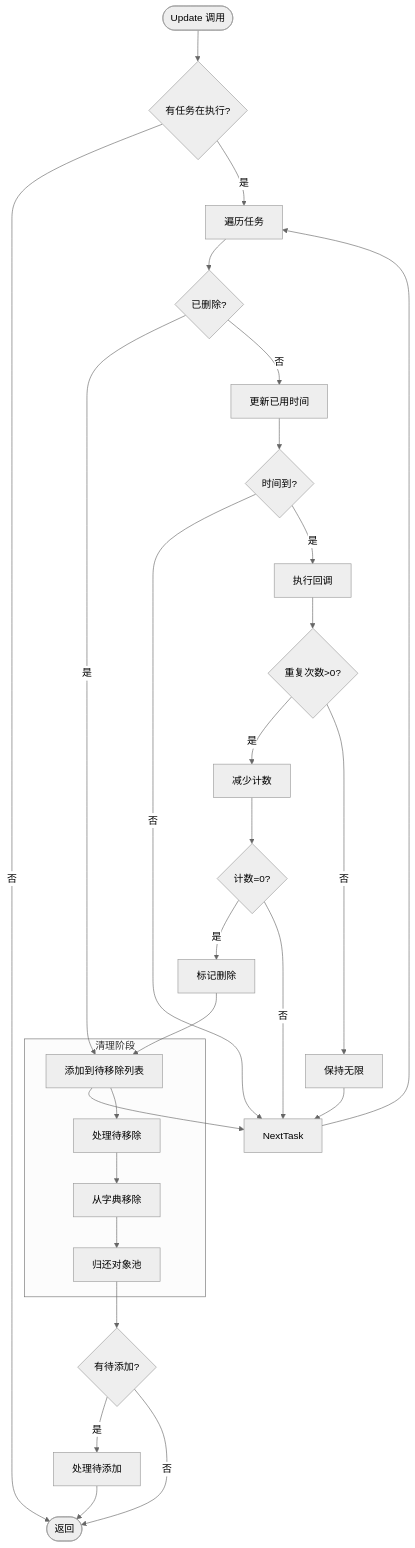
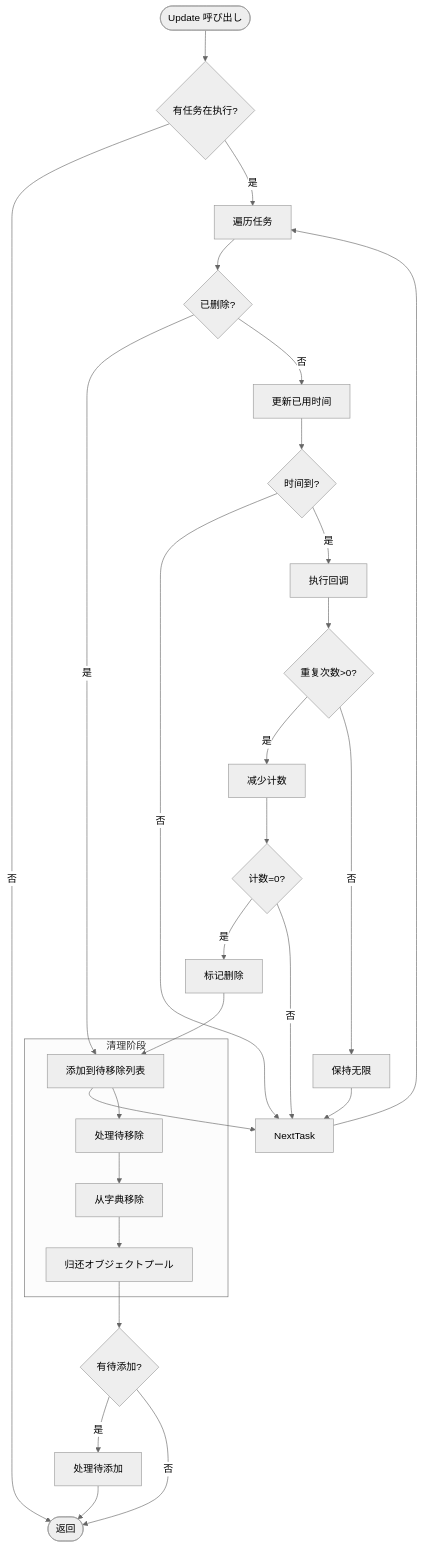
The third of 3 diagrams in docs/ja/client/unity/component/timer/08.add-timer.md (AlianBlank/GameFrameX.Docs), drawn with Mermaid (neutral theme) before and after one commit. The commit also changed other lines of this file and 603 other files, not shown here.

````diff
--- a/docs/ja/client/unity/component/timer/08.add-timer.md
+++ b/docs/ja/client/unity/component/timer/08.add-timer.md
@@ -92,38 +92,38 @@
 ```mermaid
 flowchart TD
-    Start([Update 调用]) --> CheckItems{有任务在执行?}
+    Start([Update 呼び出し]) --> CheckItems{有任务在执行?}
 
     CheckItems -->|否| End([返回])
     CheckItems -->|是| Iterate[遍历任务]
 
     Iterate --> CheckDeleted{已删除?}
     CheckDeleted -->|是| AddToRemove[添加到待移除列表]
     CheckDeleted -->|否| UpdateElapsed[更新已用时间]
 
     AddToRemove --> NextTask
     UpdateElapsed --> CheckTime{时间到?}
     CheckTime -->|否| NextTask
     CheckTime -->|是| Execute[执行回调]
     Execute --> DecRepeat{重复次数>0?}
     DecRepeat -->|是| Decrement[减少计数]
     DecRepeat -->|否| SetInfinite[保持无限]
     
     Decrement --> CheckZero{计数=0?}
     CheckZero -->|是| MarkDeleted[标记删除]
     CheckZero -->|否| NextTask
     SetInfinite --> NextTask
 
     MarkDeleted --> AddToRemove
     NextTask --> Iterate
 
     subgraph Cleanup["清理阶段"]
         AddToRemove --> ProcessRemove[处理待移除]
         ProcessRemove --> RemoveFromItems[从字典移除]
-        RemoveFromItems --> ReturnToPool[归还对象池]
+        RemoveFromItems --> ReturnToPool[归还オブジェクトプール]
     end
 
     ReturnToPool --> AddPending{有待添加?}
     AddPending -->|是| ProcessAdd[处理待添加]
     AddPending -->|否| End
     ProcessAdd --> End
 ```
````
